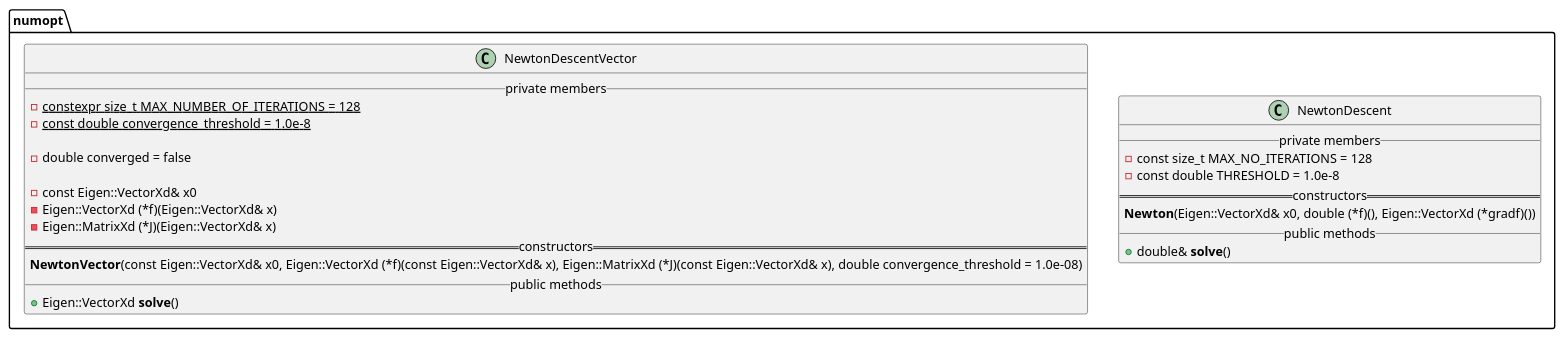
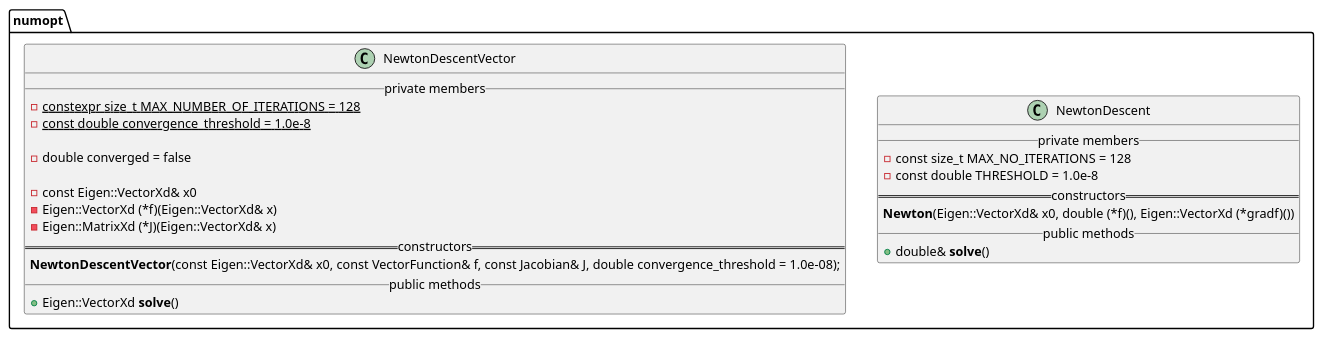
Before and after one commit to matt-chan/numopt: the diagram in docs/numopt.puml, drawn with PlantUML. The commit also changed 5 other files, not shown here.

Commit message:
Now use std::function wrappers for the function and the Jacobian.

```diff
--- a/docs/numopt.puml
+++ b/docs/numopt.puml
@@ -1,33 +1,33 @@
 @startuml
 
 namespace numopt {
 
     class NewtonDescent {
         __ private members __
             - const size_t MAX_NO_ITERATIONS = 128
             - const double THRESHOLD = 1.0e-8
         == constructors ==
             **Newton**(Eigen::VectorXd& x0, double (*f)(), Eigen::VectorXd (*gradf)())
         __ public methods __
             + double& **solve**()
     }
 
 
     class NewtonDescentVector {
         __ private members __
             - {static} constexpr size_t MAX_NUMBER_OF_ITERATIONS = 128
             - {static} const double convergence_threshold = 1.0e-8
 
             - double converged = false
 
             - const Eigen::VectorXd& x0
             - Eigen::VectorXd (*f)(Eigen::VectorXd& x)
             - Eigen::MatrixXd (*J)(Eigen::VectorXd& x)
         == constructors ==
-            **NewtonVector**(const Eigen::VectorXd& x0, Eigen::VectorXd (*f)(const Eigen::VectorXd& x), Eigen::MatrixXd (*J)(const Eigen::VectorXd& x), double convergence_threshold = 1.0e-08)
+            **NewtonDescentVector**(const Eigen::VectorXd& x0, const VectorFunction& f, const Jacobian& J, double convergence_threshold = 1.0e-08);
         __ public methods __
             + Eigen::VectorXd **solve**()
     }
 }
 
 @enduml
```
